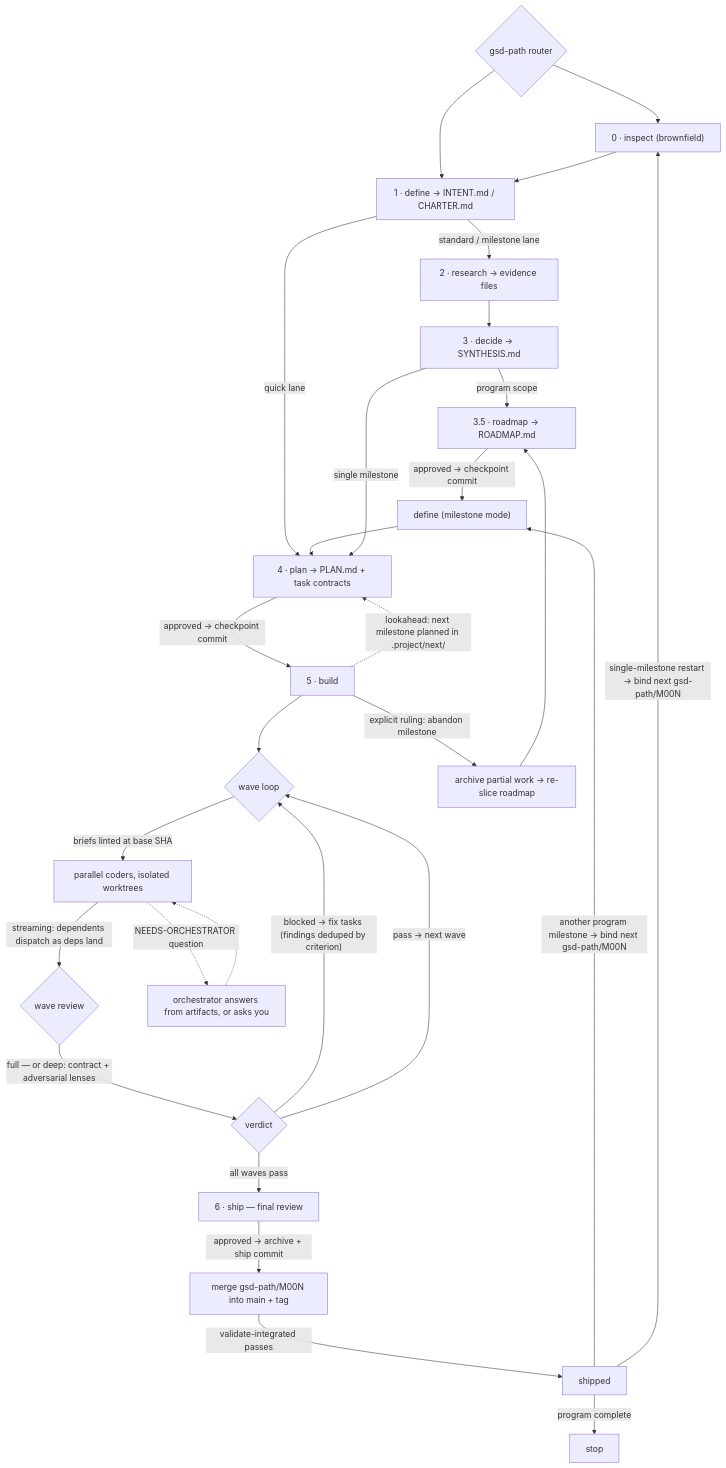
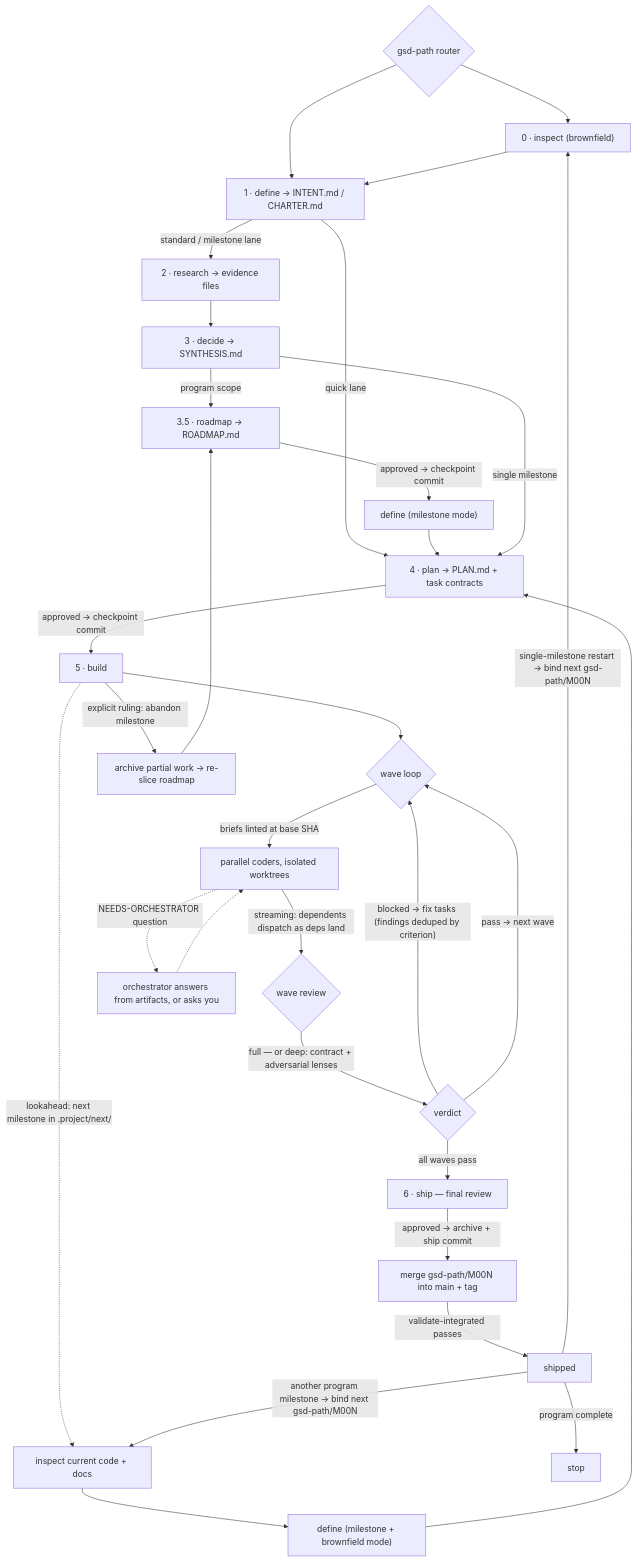
The diagram in README.md (open-gsd/gsd-path), drawn with Mermaid before and after one commit. The commit also changed 8 other files, not shown here.

````diff
--- a/README.md
+++ b/README.md
@@ -68,31 +68,33 @@
 ```mermaid
 flowchart TD
     R{"gsd-path router"} --> I["0 · inspect (brownfield)"]
     R --> D["1 · define → INTENT.md / CHARTER.md"]
     I --> D
     D -->|"standard / milestone lane"| RE["2 · research → evidence files"]
     D -->|"quick lane"| P
     RE --> DE["3 · decide → SYNTHESIS.md"]
     DE -->|"program scope"| RM["3.5 · roadmap → ROADMAP.md"]
     RM -->|"approved → checkpoint commit"| DM["define (milestone mode)"]
     DM --> P["4 · plan → PLAN.md + task contracts"]
     DE -->|"single milestone"| P
     P -->|"approved → checkpoint commit"| B["5 · build"]
     B --> W{"wave loop"}
     W -->|"briefs linted at base SHA"| C["parallel coders, isolated worktrees"]
     C -->|"streaming: dependents dispatch as deps land"| V{"wave review"}
     V -->|"full — or deep: contract + adversarial lenses"| F{"verdict"}
     F -->|"blocked → fix tasks (findings deduped by criterion)"| W
     F -->|"pass → next wave"| W
     F -->|"all waves pass"| S["6 · ship — final review"]
     C -.->|"NEEDS-ORCHESTRATOR question"| O["orchestrator answers from artifacts, or asks you"]
     O -.-> C
-    B -.->|"lookahead: next milestone planned in .project/next/"| P
+    B -.->|"lookahead: next milestone in .project/next/"| MI["inspect current code + docs"]
+    MI --> MB["define (milestone + brownfield mode)"]
+    MB --> P
     B -->|"explicit ruling: abandon milestone"| AB["archive partial work → re-slice roadmap"]
     AB --> RM
     S -->|"approved → archive + ship commit"| MG["merge gsd-path/M00N into main + tag"]
     MG -->|"validate-integrated passes"| A["shipped"]
-    A -->|"another program milestone → bind next gsd-path/M00N"| DM
+    A -->|"another program milestone → bind next gsd-path/M00N"| MI
     A -->|"single-milestone restart → bind next gsd-path/M00N"| I
     A -->|"program complete"| PC["stop"]
 ```
````
